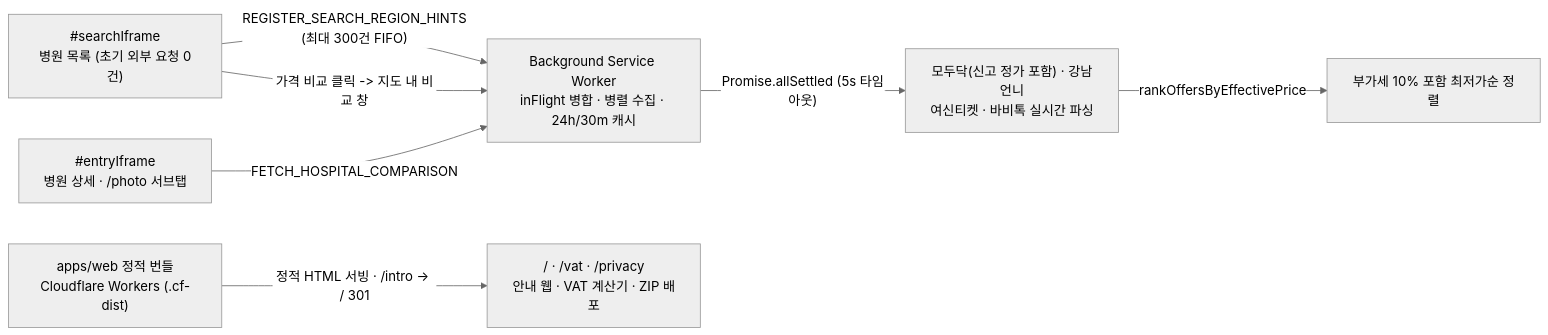
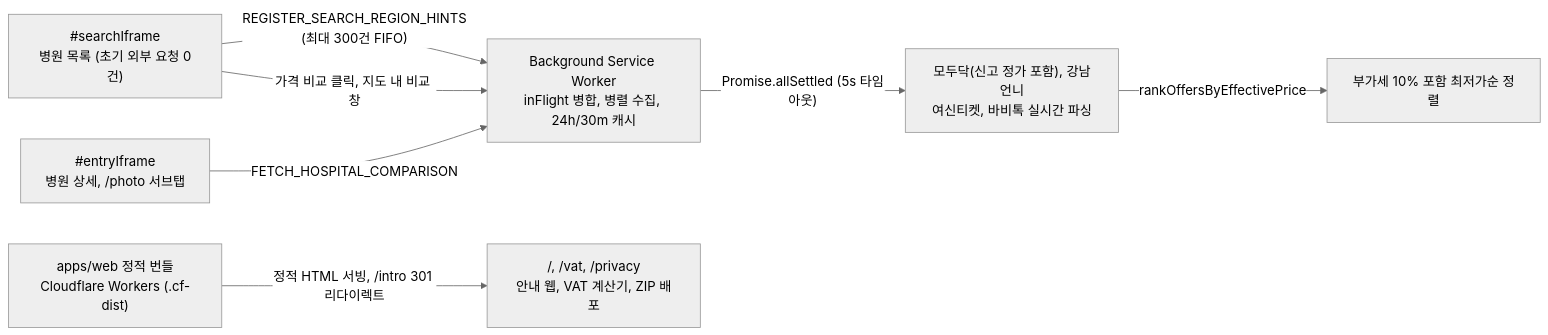
The diagram in README.md (seungwoo7050/medi-bridge), drawn with Mermaid (neutral theme) before and after one commit. The commit also changed other lines of this file, not shown here.

````diff
--- a/README.md
+++ b/README.md
@@ -32,9 +32,9 @@
 ```mermaid
 flowchart LR
-    List["#searchIframe\n병원 목록 (초기 외부 요청 0건)"] -->|"REGISTER_SEARCH_REGION_HINTS\n(최대 300건 FIFO)"| SW["Background Service Worker\ninFlight 병합 · 병렬 수집 · 24h/30m 캐시"]
-    List -->|"가격 비교 클릭 -> 지도 내 비교 창"| SW
-    Entry["#entryIframe\n병원 상세 · /photo 서브탭"] -->|"FETCH_HOSPITAL_COMPARISON"| SW
-    SW -->|"Promise.allSettled (5s 타임아웃)"| Platforms["모두닥(신고 정가 포함) · 강남언니\n여신티켓 · 바비톡 실시간 파싱"]
+    List["#searchIframe\n병원 목록 (초기 외부 요청 0건)"] -->|"REGISTER_SEARCH_REGION_HINTS\n(최대 300건 FIFO)"| SW["Background Service Worker\ninFlight 병합, 병렬 수집, 24h/30m 캐시"]
+    List -->|"가격 비교 클릭, 지도 내 비교 창"| SW
+    Entry["#entryIframe\n병원 상세, /photo 서브탭"] -->|"FETCH_HOSPITAL_COMPARISON"| SW
+    SW -->|"Promise.allSettled (5s 타임아웃)"| Platforms["모두닥(신고 정가 포함), 강남언니\n여신티켓, 바비톡 실시간 파싱"]
     Platforms -->|"rankOffersByEffectivePrice"| Sort["부가세 10% 포함 최저가순 정렬"]
-    Web["apps/web 정적 번들\nCloudflare Workers (.cf-dist)"] -->|"정적 HTML 서빙 · /intro -> / 301"| Landing["/ · /vat · /privacy\n안내 웹 · VAT 계산기 · ZIP 배포"]
+    Web["apps/web 정적 번들\nCloudflare Workers (.cf-dist)"] -->|"정적 HTML 서빙, /intro 301 리다이렉트"| Landing["/, /vat, /privacy\n안내 웹, VAT 계산기, ZIP 배포"]
 ```
````
